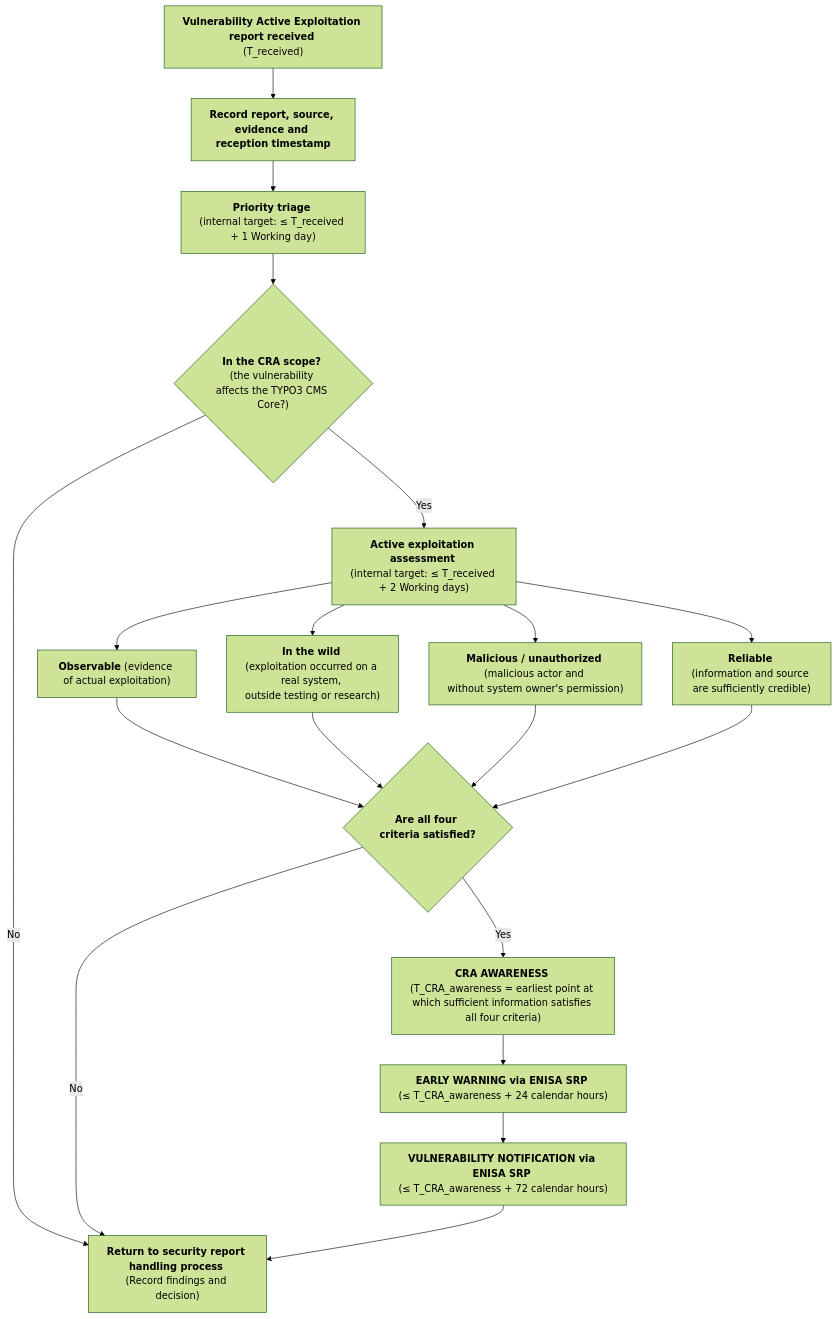
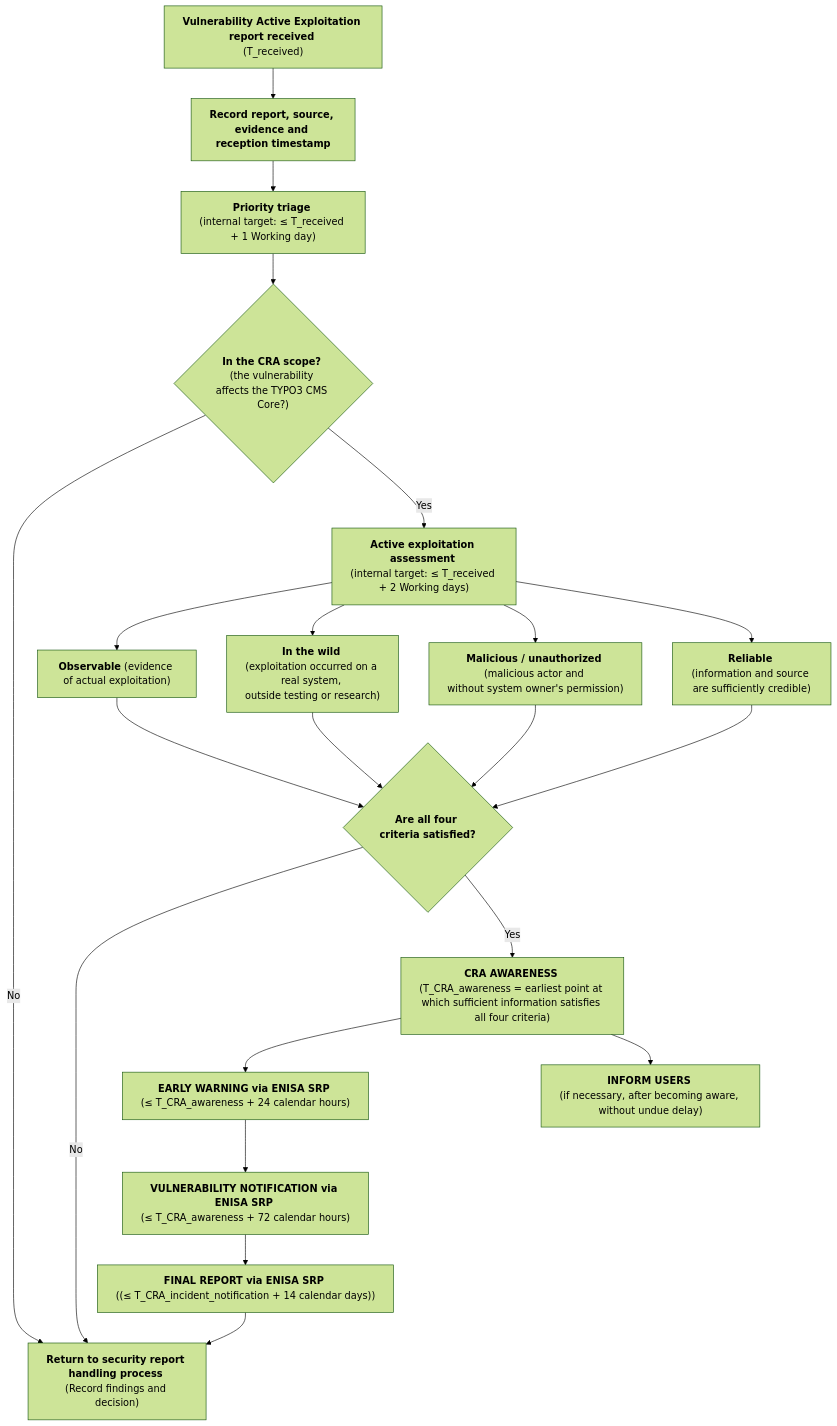
One commit to rfoucard/cra-fast-track changed the diagram in templates/actively-exploited-vulnerability-process.md. Above: the diagram before and after it, drawn with Mermaid (forest theme).

````diff
--- a/templates/actively-exploited-vulnerability-process.md
+++ b/templates/actively-exploited-vulnerability-process.md
@@ -15,32 +15,36 @@
 ```mermaid
 flowchart TD
 
     A["<strong>Vulnerability&nbsp;Active&nbsp;Exploitation report received</strong> \n(T_received)"] --> B["<strong>Record&nbsp;report,&nbsp;source, evidence and reception timestamp</strong>"]
 
     B --> C["<strong>Priority triage</strong> \n(internal&nbsp;target:&nbsp;≤&nbsp;T_received + 1 Working day)"]
 
     C --> D{"<strong>In&nbsp;the&nbsp;CRA&nbsp;scope?</strong> (the vulnerability affects the TYPO3 CMS Core?)"}
 
     D -- "No" --> X["<strong>Return&nbsp;to&nbsp;security&nbsp;report handling process</strong> \n(Record findings and decision)"]
 
     D -- "Yes" --> E["<strong>Active exploitation assessment</strong> \n(internal&nbsp;target:&nbsp;≤&nbsp;T_received + 2 Working days)"]
 
     E --> F["<strong>Observable</strong> (evidence of actual&nbsp;exploitation)"]
     E --> G["<strong>In the wild</strong> (exploitation&nbsp;occurred on a real system, outside&nbsp;testing&nbsp;or&nbsp;research)"]
     E --> H["<strong>Malicious / unauthorized</strong> (malicious actor and without&nbsp;system&nbsp;owner's&nbsp;permission)"]
     E --> I["<strong>Reliable</strong> (information&nbsp;and&nbsp;source are&nbsp;sufficiently&nbsp;credible)"]
 
     F --> J{"<strong>Are all four criteria&nbsp;satisfied?</strong>"}
     G --> J
     H --> J
     I --> J
 
     J -- "No" --> X
     J -- "Yes" --> L["<strong>CRA AWARENESS</strong> \n(T_CRA_awareness&nbsp;=&nbsp;earliest&nbsp;point&nbsp;at which sufficient information satisfies all four criteria)"]
 
     L --> M["<strong>EARLY WARNING via ENISA SRP</strong> \n(≤&nbsp;T_CRA_awareness&nbsp;+&nbsp;24&nbsp;calendar&nbsp;hours)"]
 
     M --> N["<strong>VULNERABILITY NOTIFICATION via ENISA SRP</strong> \n(≤&nbsp;T_CRA_awareness&nbsp;+&nbsp;72&nbsp;calendar&nbsp;hours)"]
 
-    N --> X
+    N --> O["<strong>FINAL REPORT via ENISA SRP</strong> \n((≤&nbsp;T_CRA_incident_notification&nbsp;+&nbsp;14&nbsp;calendar&nbsp;days))"]
+
+    O --> X
+
+    L --> U["<strong>INFORM USERS</strong> \n(if&nbsp;necessary,&nbsp;after&nbsp;becoming&nbsp;aware, without undue delay)"]
 ```
````
